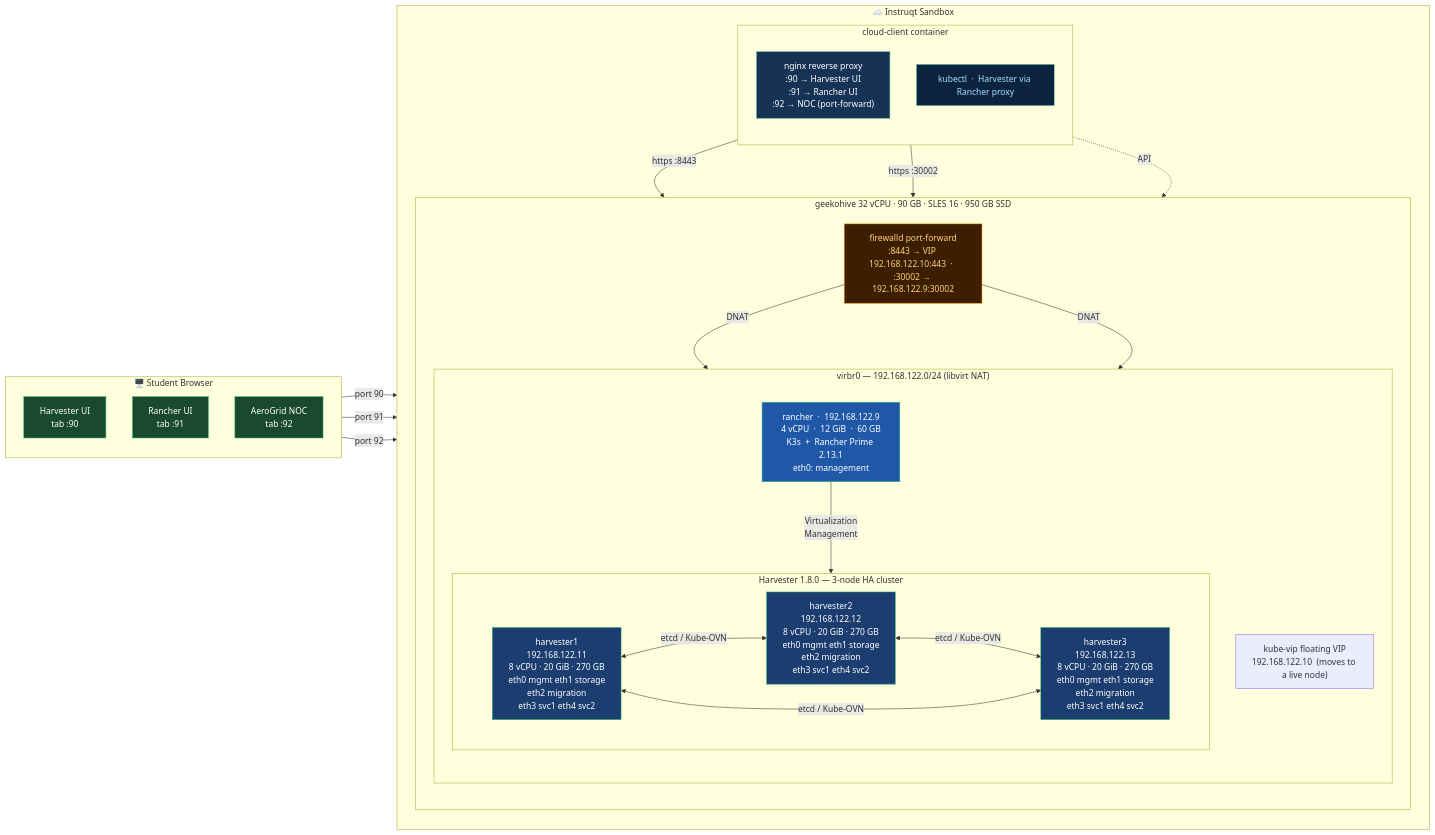
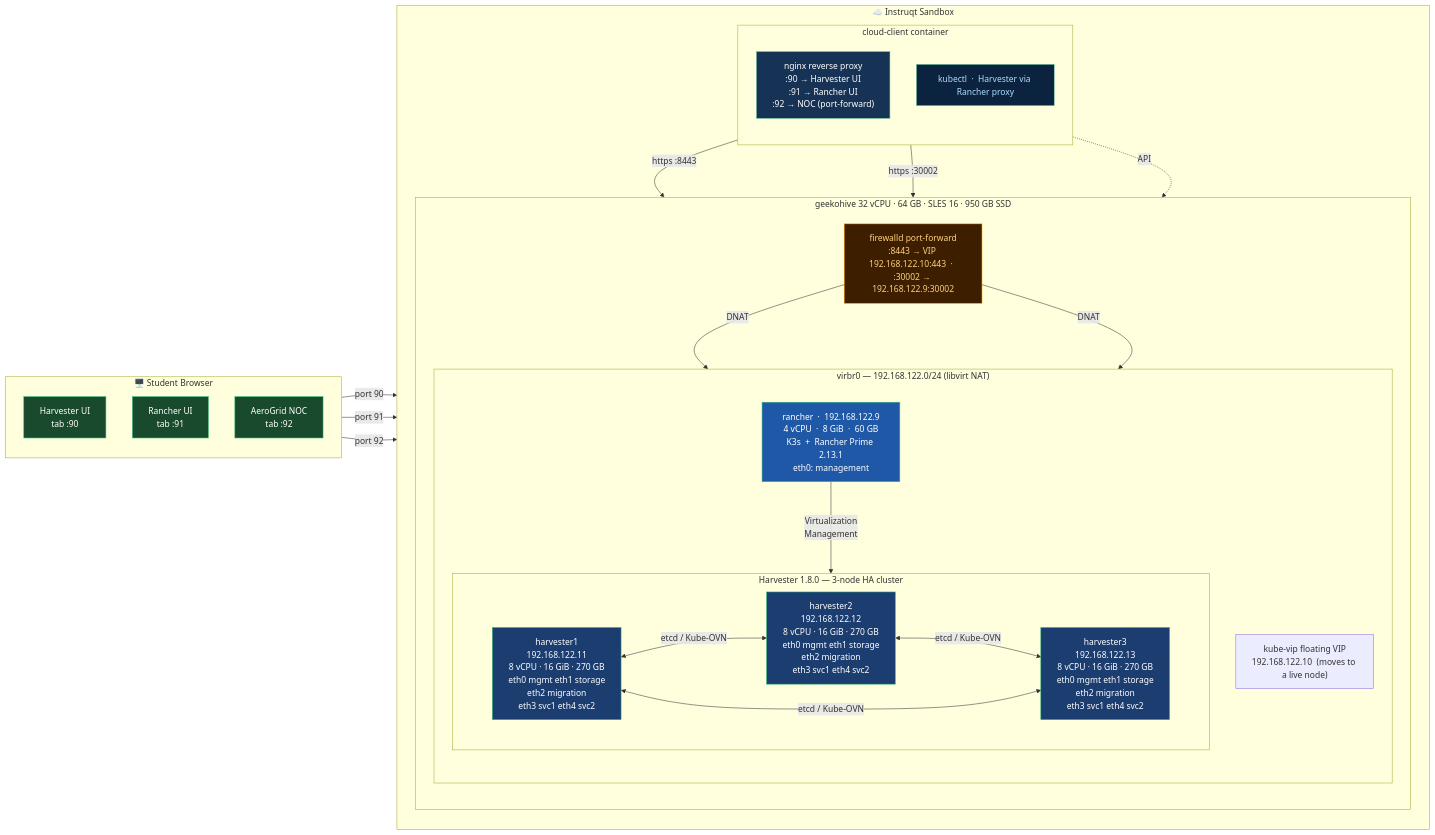
Before and after one commit to SUSE-Technical-Marketing/suse-virt-rodeo: the diagram in assets/diagrams/architecture-overview.mmd, drawn with Mermaid. The commit also changed 21 other files, not shown here.

```diff
--- a/assets/diagrams/architecture-overview.mmd
+++ b/assets/diagrams/architecture-overview.mmd
@@ -1,62 +1,62 @@
 graph LR
     subgraph BROWSER["🖥️  Student Browser"]
         direction TB
         T1["Harvester UI\ntab :90"]
         T2["Rancher UI\ntab :91"]
         T3["AeroGrid NOC\ntab :92"]
     end
 
     subgraph SANDBOX["☁️  Instruqt Sandbox"]
         direction TB
 
         subgraph CC["cloud-client container"]
             direction TB
             NGX["nginx reverse proxy\n:90 → Harvester UI\n:91 → Rancher UI\n:92 → NOC (port-forward)"]
             KCT["kubectl  ·  Harvester via Rancher proxy"]
         end
 
-        subgraph GH["geekohive   32 vCPU · 90 GB · SLES 16 · 950 GB SSD"]
+        subgraph GH["geekohive   32 vCPU · 64 GB · SLES 16 · 950 GB SSD"]
             direction TB
             DNAT["firewalld port-forward\n:8443 → VIP 192.168.122.10:443  ·  :30002 → 192.168.122.9:30002"]
 
             subgraph VIRBR["virbr0  —  192.168.122.0/24  (libvirt NAT)"]
                 direction TB
                 VIP["kube-vip floating VIP\n192.168.122.10  (moves to a live node)"]
-                RN["rancher  ·  192.168.122.9\n4 vCPU  ·  12 GiB  ·  60 GB\nK3s  +  Rancher Prime 2.13.1\neth0: management"]
+                RN["rancher  ·  192.168.122.9\n4 vCPU  ·  8 GiB  ·  60 GB\nK3s  +  Rancher Prime 2.13.1\neth0: management"]
 
                 subgraph HVC["Harvester 1.8.0  —  3-node HA cluster"]
                     direction LR
-                    H1["harvester1\n192.168.122.11\n8 vCPU · 20 GiB · 270 GB\neth0 mgmt  eth1 storage\neth2 migration\neth3 svc1  eth4 svc2"]
-                    H2["harvester2\n192.168.122.12\n8 vCPU · 20 GiB · 270 GB\neth0 mgmt  eth1 storage\neth2 migration\neth3 svc1  eth4 svc2"]
-                    H3["harvester3\n192.168.122.13\n8 vCPU · 20 GiB · 270 GB\neth0 mgmt  eth1 storage\neth2 migration\neth3 svc1  eth4 svc2"]
+                    H1["harvester1\n192.168.122.11\n8 vCPU · 16 GiB · 270 GB\neth0 mgmt  eth1 storage\neth2 migration\neth3 svc1  eth4 svc2"]
+                    H2["harvester2\n192.168.122.12\n8 vCPU · 16 GiB · 270 GB\neth0 mgmt  eth1 storage\neth2 migration\neth3 svc1  eth4 svc2"]
+                    H3["harvester3\n192.168.122.13\n8 vCPU · 16 GiB · 270 GB\neth0 mgmt  eth1 storage\neth2 migration\neth3 svc1  eth4 svc2"]
                 end
             end
         end
     end
 
     T1 -->|"port 90"| NGX
     T2 -->|"port 91"| NGX
     T3 -->|"port 92"| NGX
     NGX -->|"https :8443"| DNAT
     NGX -->|"https :30002"| DNAT
     DNAT -->|"DNAT"| H1
     DNAT -->|"DNAT"| RN
     KCT -.->|"API"| RN
     RN -->|"Virtualization\nManagement"| H1
     H1 <-->|"etcd / Kube-OVN"| H2
     H2 <-->|"etcd / Kube-OVN"| H3
     H1 <-->|"etcd / Kube-OVN"| H3
 
     classDef harvester fill:#1B3D6F,stroke:#30BA78,color:#fff
     classDef rancher fill:#2058A8,stroke:#30BA78,color:#fff
     classDef nginx fill:#163355,stroke:#6EC6A0,color:#fff
     classDef dnat fill:#3D1F00,stroke:#FFA500,color:#FFD080
     classDef kubectl fill:#0C2340,stroke:#6EC6A0,color:#adf
     classDef tab fill:#1A4A2E,stroke:#30BA78,color:#fff
 
     class H1,H2,H3 harvester
     class RN rancher
     class NGX nginx
     class DNAT dnat
     class KCT kubectl
     class T1,T2,T3 tab
```
